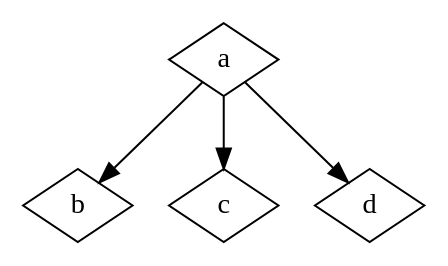
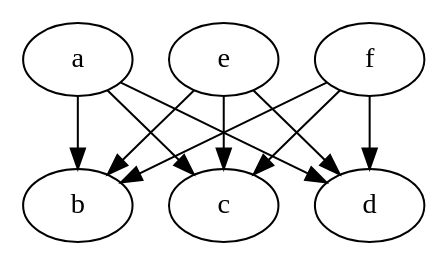
The diagram in graph.gv (dileep018kumar/graphvisualizer), drawn with Graphviz before and after one commit.

```diff
--- a/graph.gv
+++ b/graph.gv
@@ -1,4 +1,5 @@
 digraph{
-node[shape=diamond]
-    a->{b,c,d}
+
+node[shape=oval]
+    {a,e,f}->{b,c,d}
 }
```
